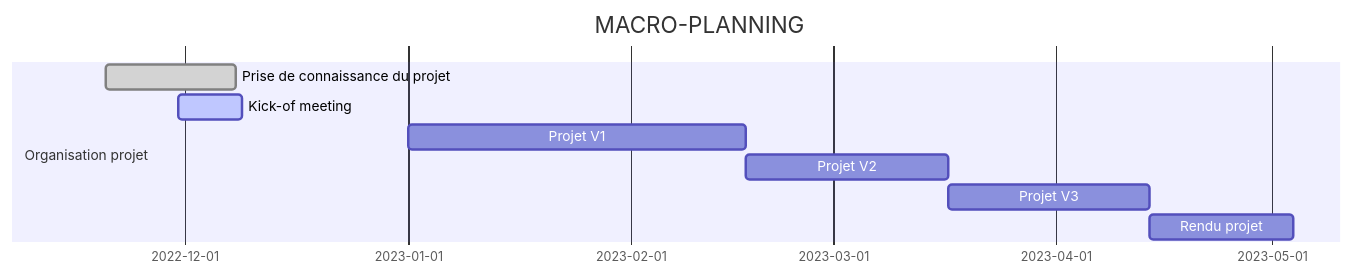
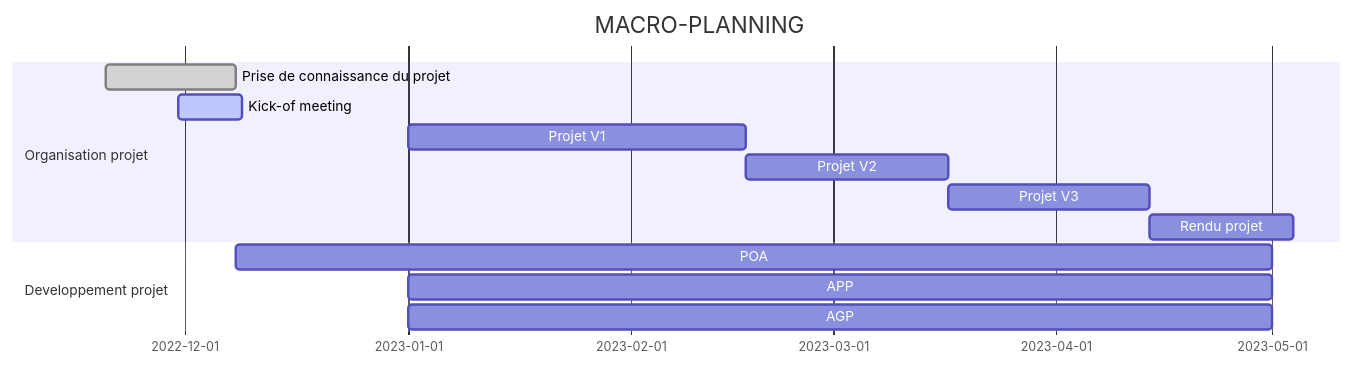
One commit to morganLantrade/TP_M1 changed the diagram in readme.md. Above: the diagram before and after it, drawn with Mermaid.

````diff
--- a/readme.md
+++ b/readme.md
@@ -36,14 +36,19 @@
 ```mermaid
 gantt
 dateFormat  YYYY-MM-DD
 
 title MACRO-PLANNING
 
 section Organisation projet
 Prise de connaissance du projet            :done,    des1, 2022-11-20,18d
 Kick-of meeting               :active,  des2, 2022-11-30,9d
 Projet V1               	:         des3, 2023-01-01,2023-02-17
 Projet V2                :        des4, 2023-02-17,2023-03-17
 Projet V3                 :        des5, 2023-03-17,2023-04-14
 Rendu projet                :        after des5,20d
+
+section Developpement projet
+POA               :after des1,2023-05-01
+APP      :2023-01-01,2023-05-01
+AGP    :2023-01-01,2023-05-01
 ```
````
